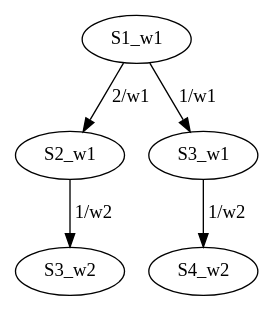
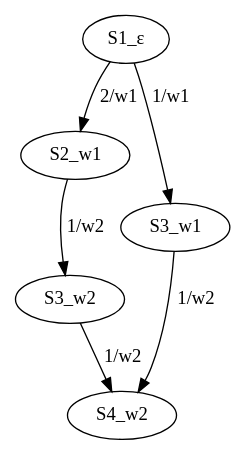
One commit to Exevald/automata-theory changed the diagram in mealy-to-moore/res/mealy_back.dot. Above: the diagram before and after it, drawn with Graphviz. The commit also changed 10 other files, not shown here.

```diff
--- a/mealy-to-moore/res/mealy_back.dot
+++ b/mealy-to-moore/res/mealy_back.dot
@@ -1,10 +1,12 @@
 digraph MealyMachine {
+  S1_ε [label="S1_ε"];
   S2_w1 [label="S2_w1"];
   S3_w1 [label="S3_w1"];
   S3_w2 [label="S3_w2"];
   S4_w2 [label="S4_w2"];
-  S1_w1 -> S3_w1 [label="1/w1"];
-  S1_w1 -> S2_w1 [label="2/w1"];
+  S1_ε -> S3_w1 [label="1/w1"];
+  S1_ε -> S2_w1 [label="2/w1"];
   S2_w1 -> S3_w2 [label="1/w2"];
   S3_w1 -> S4_w2 [label="1/w2"];
+  S3_w2 -> S4_w2 [label="1/w2"];
 }
```
